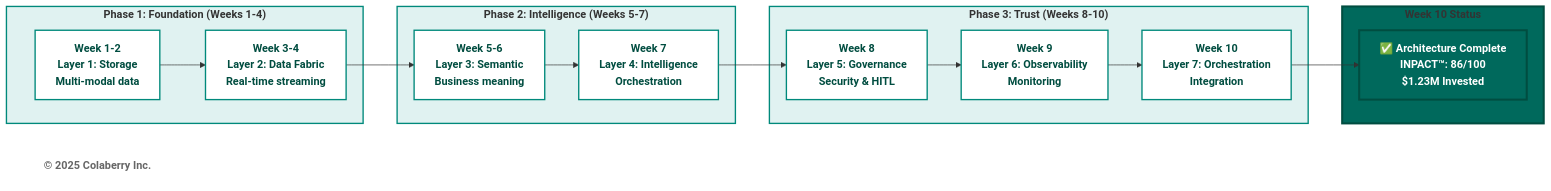
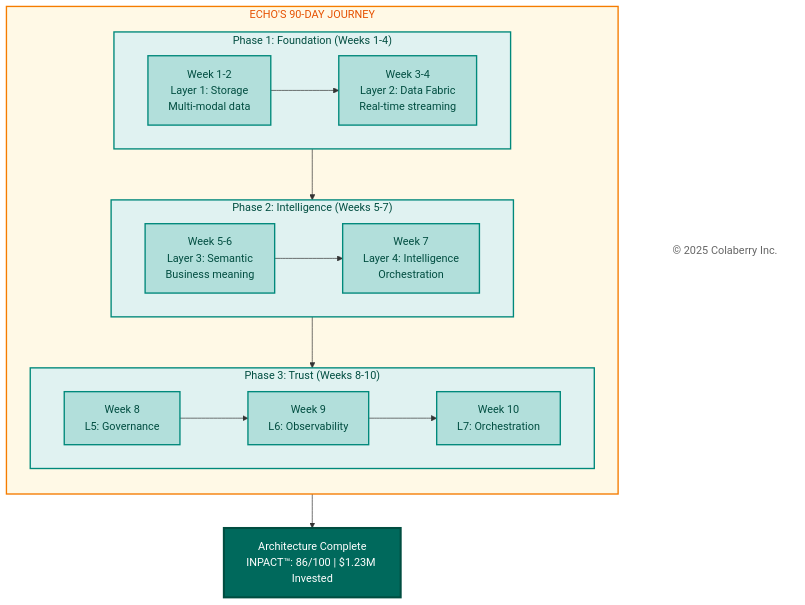
The third of 14 diagrams in manuscript/08_chapter_7_goals_framework_v3_0.md (colaberry/trust-before-intelligence-book), drawn with Mermaid before and after one commit.

Commit message:
Cleaned up diagrams
Cleaned up diagrams

````diff
--- a/manuscript/08_chapter_7_goals_framework_v3_0.md
+++ b/manuscript/08_chapter_7_goals_framework_v3_0.md
@@ -369,46 +369,49 @@
 ```mermaid
-graph LR
-    subgraph PHASE1["<b>Phase 1: Foundation (Weeks 1-4)</b>"]
-        W1["<b>Week 1-2</b><br/><b>Layer 1: Storage</b><br/><b>Multi-modal data</b>"]
-        W2["<b>Week 3-4</b><br/><b>Layer 2: Data Fabric</b><br/><b>Real-time streaming</b>"]
+
+graph TB
+    subgraph JOURNEY["ECHO'S 90-DAY JOURNEY"]
+        direction TB
+        subgraph PHASE1["Phase 1: Foundation (Weeks 1-4)"]
+            direction LR
+            W1["Week 1-2<br/>Layer 1: Storage<br/>Multi-modal data"]
+            W2["Week 3-4<br/>Layer 2: Data Fabric<br/>Real-time streaming"]
+            W1 --> W2
+        end
+        
+        subgraph PHASE2["Phase 2: Intelligence (Weeks 5-7)"]
+            direction LR
+            W3["Week 5-6<br/>Layer 3: Semantic<br/>Business meaning"]
+            W4["Week 7<br/>Layer 4: Intelligence<br/>Orchestration"]
+            W3 --> W4
+        end
+        
+        subgraph PHASE3["Phase 3: Trust (Weeks 8-10)"]
+            direction LR
+            W5["Week 8<br/>L5: Governance"]
+            W6["Week 9<br/>L6: Observability"]
+            W7["Week 10<br/>L7: Orchestration"]
+            W5 --> W6 --> W7
+        end
     end
     
-    subgraph PHASE2["<b>Phase 2: Intelligence (Weeks 5-7)</b>"]
-        W3["<b>Week 5-6</b><br/><b>Layer 3: Semantic</b><br/><b>Business meaning</b>"]
-        W4["<b>Week 7</b><br/><b>Layer 4: Intelligence</b><br/><b>Orchestration</b>"]
-    end
+    COMPLETE["Architecture Complete<br/>INPACT™: 86/100 | $1.23M Invested"]
     
-    subgraph PHASE3["<b>Phase 3: Trust (Weeks 8-10)</b>"]
-        W5["<b>Week 8</b><br/><b>Layer 5: Governance</b><br/><b>Security & HITL</b>"]
-        W6["<b>Week 9</b><br/><b>Layer 6: Observability</b><br/><b>Monitoring</b>"]
-        W7["<b>Week 10</b><br/><b>Layer 7: Orchestration</b><br/><b>Integration</b>"]
-    end
+    Copyright["© 2025 Colaberry Inc."]
     
-    subgraph NOW["<b>Week 10 Status</b>"]
-        COMPLETE["<b>✅ Architecture Complete</b><br/><b>INPACT™: 86/100</b><br/><b>$1.23M Invested</b>"]
-    end
+    PHASE1 --> PHASE2 --> PHASE3 --> COMPLETE
     
-    W1 --> W2
-    W2 --> W3
-    W3 --> W4
-    W4 --> W5
-    W5 --> W6
-    W6 --> W7
-    W7 --> COMPLETE
-    
-    style PHASE1 fill:#e0f2f1,stroke:#00897b,stroke-width:2px
-    style PHASE2 fill:#e0f2f1,stroke:#00897b,stroke-width:2px
-    style PHASE3 fill:#e0f2f1,stroke:#00897b,stroke-width:2px
-    style NOW fill:#00695c,stroke:#004d40,stroke-width:3px
-    style W1 fill:#ffffff,stroke:#00897b,stroke-width:2px,color:#004d40
-    style W2 fill:#ffffff,stroke:#00897b,stroke-width:2px,color:#004d40
-    style W3 fill:#ffffff,stroke:#00897b,stroke-width:2px,color:#004d40
-    style W4 fill:#ffffff,stroke:#00897b,stroke-width:2px,color:#004d40
-    style W5 fill:#ffffff,stroke:#00897b,stroke-width:2px,color:#004d40
-    style W6 fill:#ffffff,stroke:#00897b,stroke-width:2px,color:#004d40
-    style W7 fill:#ffffff,stroke:#00897b,stroke-width:2px,color:#004d40
+    style JOURNEY fill:#fff9e6,stroke:#f57c00,stroke-width:2px,color:#e65100
+    style PHASE1 fill:#e0f2f1,stroke:#00897b,stroke-width:2px,color:#004d40
+    style PHASE2 fill:#e0f2f1,stroke:#00897b,stroke-width:2px,color:#004d40
+    style PHASE3 fill:#e0f2f1,stroke:#00897b,stroke-width:2px,color:#004d40
+    style W1 fill:#b2dfdb,stroke:#00897b,stroke-width:2px,color:#004d40
+    style W2 fill:#b2dfdb,stroke:#00897b,stroke-width:2px,color:#004d40
+    style W3 fill:#b2dfdb,stroke:#00897b,stroke-width:2px,color:#004d40
+    style W4 fill:#b2dfdb,stroke:#00897b,stroke-width:2px,color:#004d40
+    style W5 fill:#b2dfdb,stroke:#00897b,stroke-width:2px,color:#004d40
+    style W6 fill:#b2dfdb,stroke:#00897b,stroke-width:2px,color:#004d40
+    style W7 fill:#b2dfdb,stroke:#00897b,stroke-width:2px,color:#004d40
     style COMPLETE fill:#00695c,color:#ffffff,stroke:#004d40,stroke-width:3px
-    
-    Copyright["<b>© 2025 Colaberry Inc.</b>"]
     style Copyright fill:#ffffff,stroke:none,color:#666666
+
 ```
````
